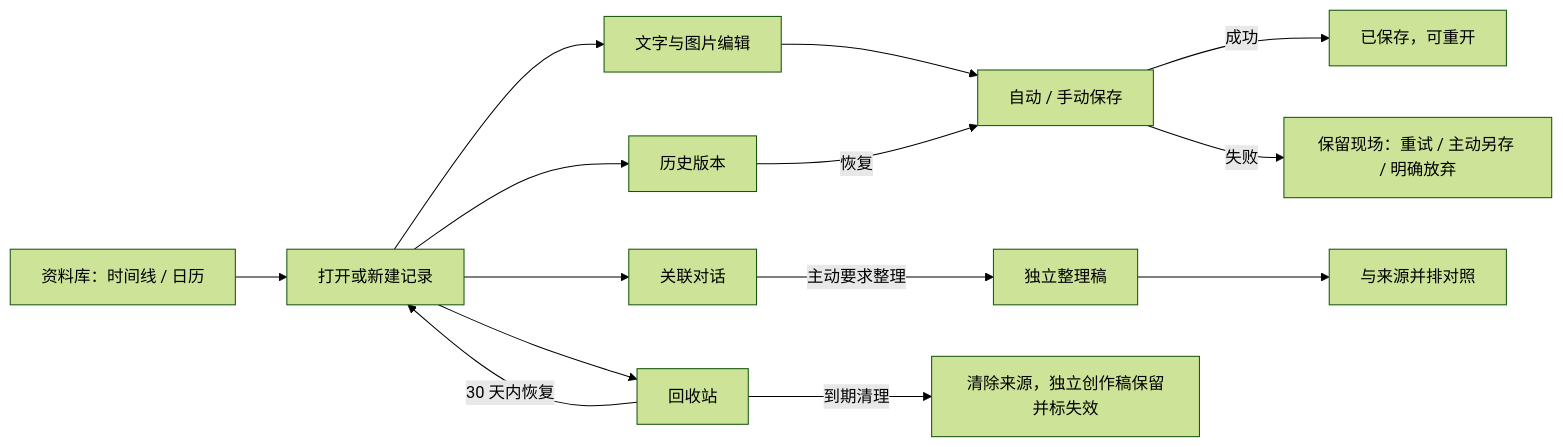
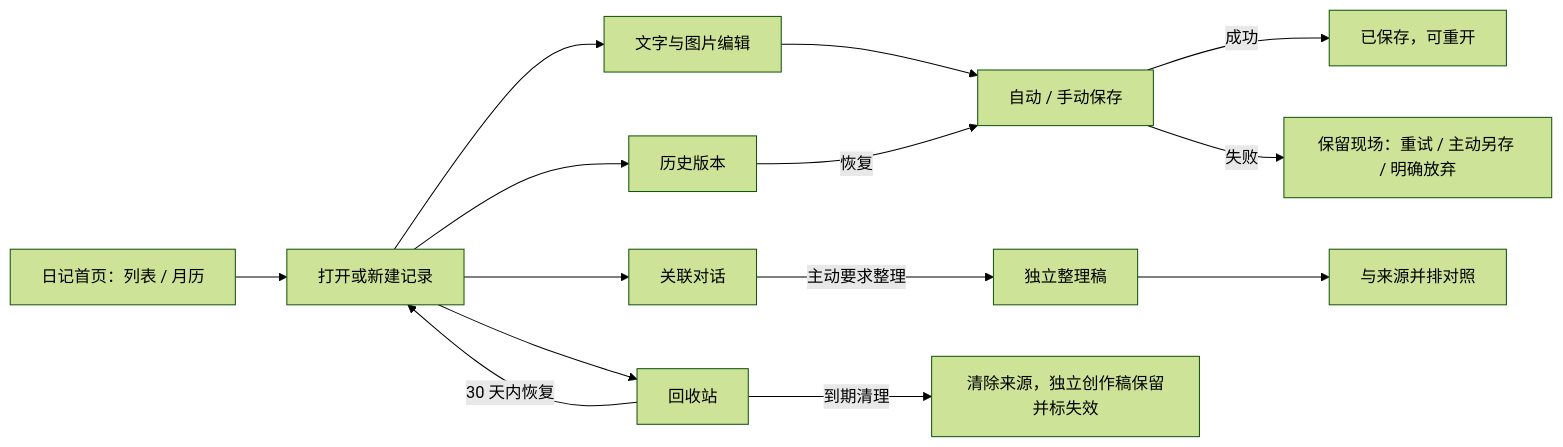
The diagram in docs/features/LIBRARY_REVIEW.md (NotionNest/LifeStory-Studio), drawn with Mermaid (forest theme) before and after one commit. The commit also changed other lines of this file and 141 other files, not shown here.

````diff
--- a/docs/features/LIBRARY_REVIEW.md
+++ b/docs/features/LIBRARY_REVIEW.md
@@ -21,16 +21,16 @@
 ```mermaid
 flowchart LR
-  A[资料库：时间线 / 日历] --> B[打开或新建记录]
+  A[日记首页：列表 / 月历] --> B[打开或新建记录]
   B --> C[文字与图片编辑]
   C --> D[自动 / 手动保存]
   D -->|成功| E[已保存，可重开]
   D -->|失败| F[保留现场：重试 / 主动另存 / 明确放弃]
   B --> G[关联对话]
   G -->|主动要求整理| H[独立整理稿]
   H --> I[与来源并排对照]
   B --> J[历史版本]
   J -->|恢复| D
   B --> K[回收站]
   K -->|30 天内恢复| B
   K -->|到期清理| L[清除来源，独立创作稿保留并标失效]
 ```
````
